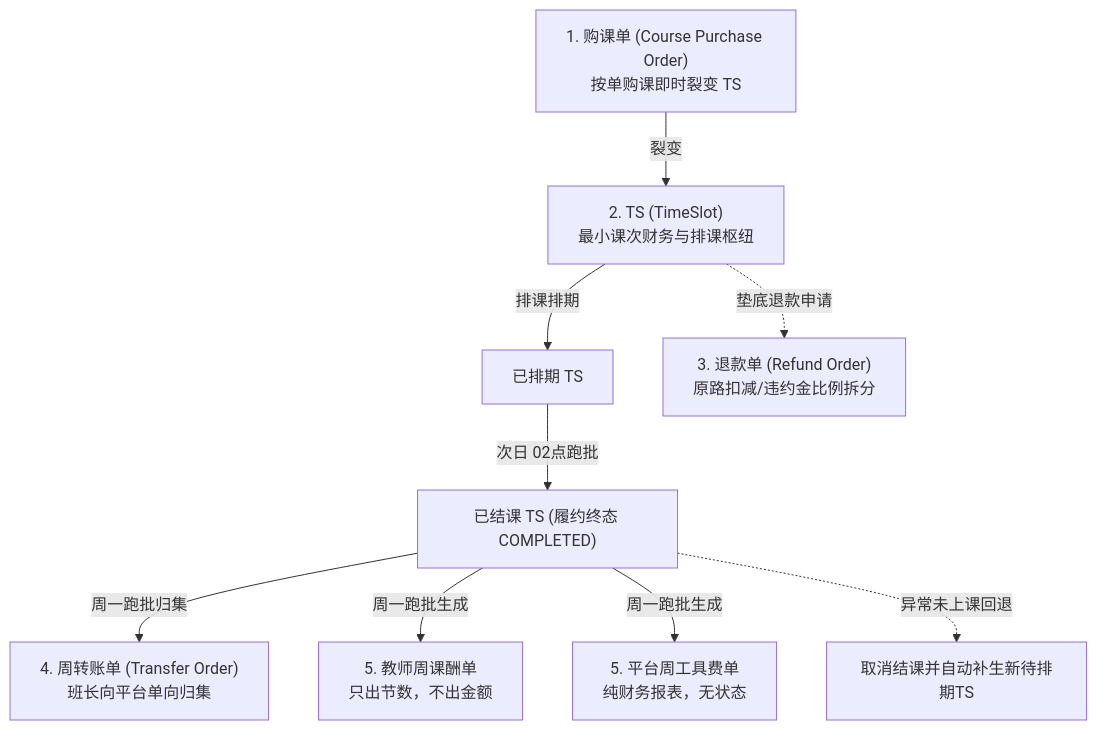
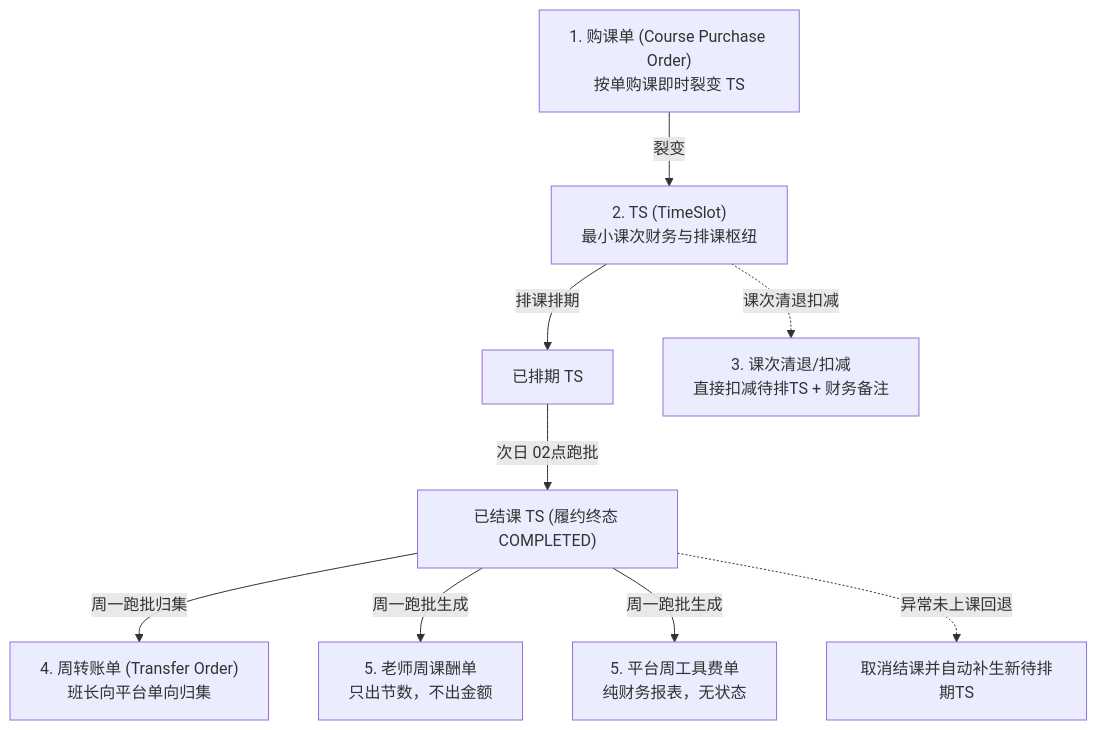
One commit to Onezao/dream changed the first of 2 diagrams in docs/BUSINESS_RULES.md. Above: the diagram before and after it, drawn with Mermaid. The commit also changed other lines of this file and 37 other files, not shown here.

````diff
--- a/docs/BUSINESS_RULES.md
+++ b/docs/BUSINESS_RULES.md
@@ -67,11 +64,11 @@
 ```mermaid
 flowchart TD
     PO["1. 购课单 (Course Purchase Order)\n按单购课即时裂变 TS"] -->|裂变| TS["2. TS (TimeSlot)\n最小课次财务与排课枢纽"]
     TS -->|排课排期| TS_SCHED["已排期 TS"]
     TS_SCHED -->|次日 02点跑批| TS_DONE["已结课 TS (履约终态 COMPLETED)"]
     TS_DONE -->|周一跑批归集| TO["4. 周转账单 (Transfer Order)\n班长向平台单向归集"]
-    TS_DONE -->|周一跑批生成| SR_T["5. 教师周课酬单\n只出节数，不出金额"]
+    TS_DONE -->|周一跑批生成| SR_T["5. 老师周课酬单\n只出节数，不出金额"]
     TS_DONE -->|周一跑批生成| SR_P["5. 平台周工具费单\n纯财务报表，无状态"]
-    TS -.->|垫底退款申请| RO["3. 退款单 (Refund Order)\n原路扣减/违约金比例拆分"]
+    TS -.->|课次清退扣减| RO["3. 课次清退/扣减\n直接扣减待排TS + 财务备注"]
     TS_DONE -.->|异常未上课回退| TS_CANCEL["取消结课并自动补生新待排期TS"]
 ```
````
